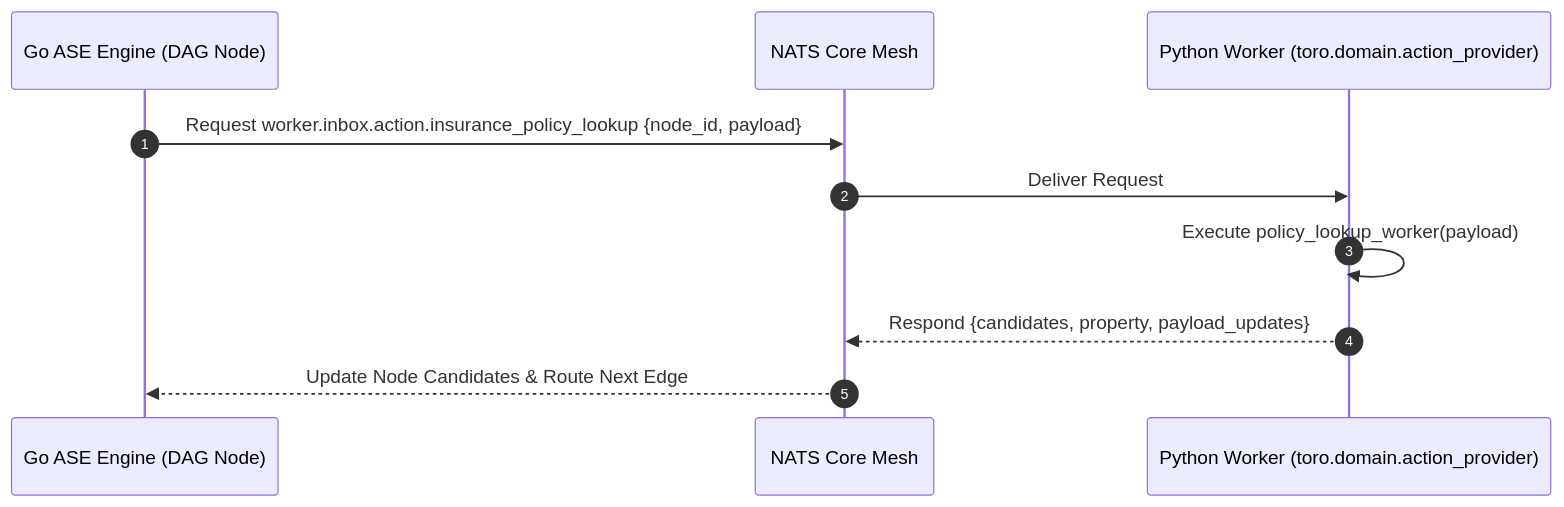
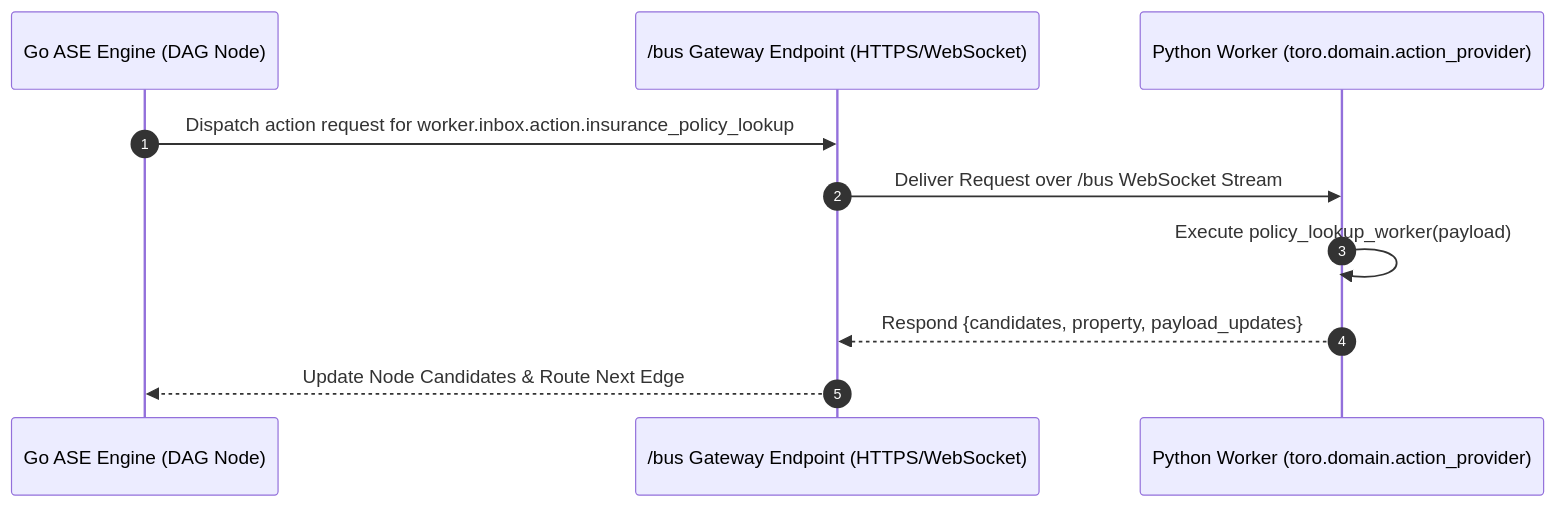
Before and after one commit to Yankzy/usetoro: the second of 2 diagrams in docs/prds/python_sdk.md, drawn with Mermaid. The commit also changed other lines of this file, not shown here.

Commit message:
docs(prd): rewrite Python SDK PRD to communicate exclusively via /bus HTTP/WebSocket endpoint with zero NATS client dependencies

````diff
--- a/docs/prds/python_sdk.md
+++ b/docs/prds/python_sdk.md
@@ -354,13 +366,13 @@
 ```mermaid
 sequenceDiagram
     autonumber
     participant GoASE as Go ASE Engine (DAG Node)
-    participant NATS as NATS Core Mesh
+    participant BusGW as /bus Gateway Endpoint (HTTPS/WebSocket)
     participant PyWorker as Python Worker (toro.domain.action_provider)
 
-    GoASE->>NATS: Request worker.inbox.action.insurance_policy_lookup {node_id, payload}
-    NATS->>PyWorker: Deliver Request
+    GoASE->>BusGW: Dispatch action request for worker.inbox.action.insurance_policy_lookup
+    BusGW->>PyWorker: Deliver Request over /bus WebSocket Stream
     PyWorker->>PyWorker: Execute policy_lookup_worker(payload)
-    PyWorker-->>NATS: Respond {candidates, property, payload_updates}
-    NATS-->>GoASE: Update Node Candidates & Route Next Edge
+    PyWorker-->>BusGW: Respond {candidates, property, payload_updates}
+    BusGW-->>GoASE: Update Node Candidates & Route Next Edge
 ```
````
